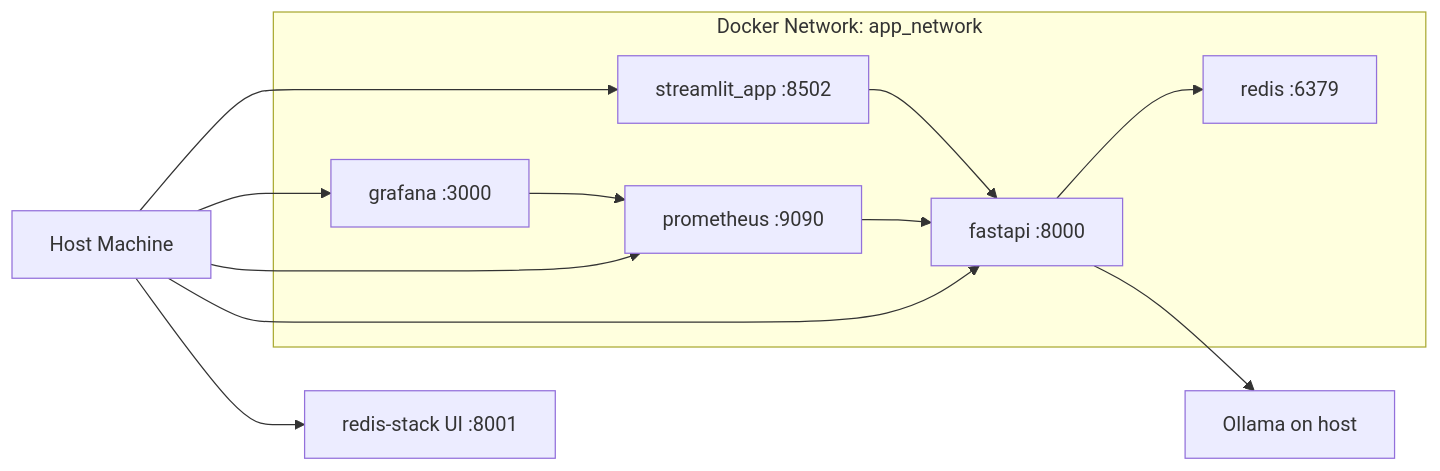
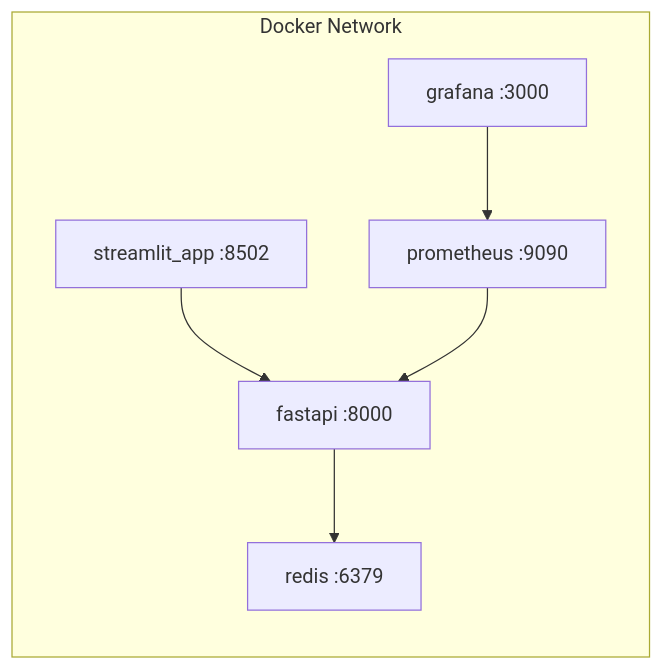
One commit to lanarkite99/stock_pred_pipeline changed the second of 3 diagrams in ref_docs/system_design.md. Above: the diagram before and after it, drawn with Mermaid. The commit also changed other lines of this file and 10 other files, not shown here.

````diff
--- a/ref_docs/system_design.md
+++ b/ref_docs/system_design.md
@@ -228,17 +200,9 @@
 ```mermaid
 flowchart LR
-    subgraph Docker Network: app_network
+    subgraph Docker Network
         ST[streamlit_app :8502] --> FA[fastapi :8000]
         FA --> RE[redis :6379]
         PR[prometheus :9090] --> FA
         GR[grafana :3000] --> PR
     end
-
-    HOST[Host Machine] --> ST
-    HOST --> FA
-    HOST --> PR
-    HOST --> GR
-    HOST --> RS[redis-stack UI :8001]
-
-    FA --> OH[Ollama on host]
 ```
````
